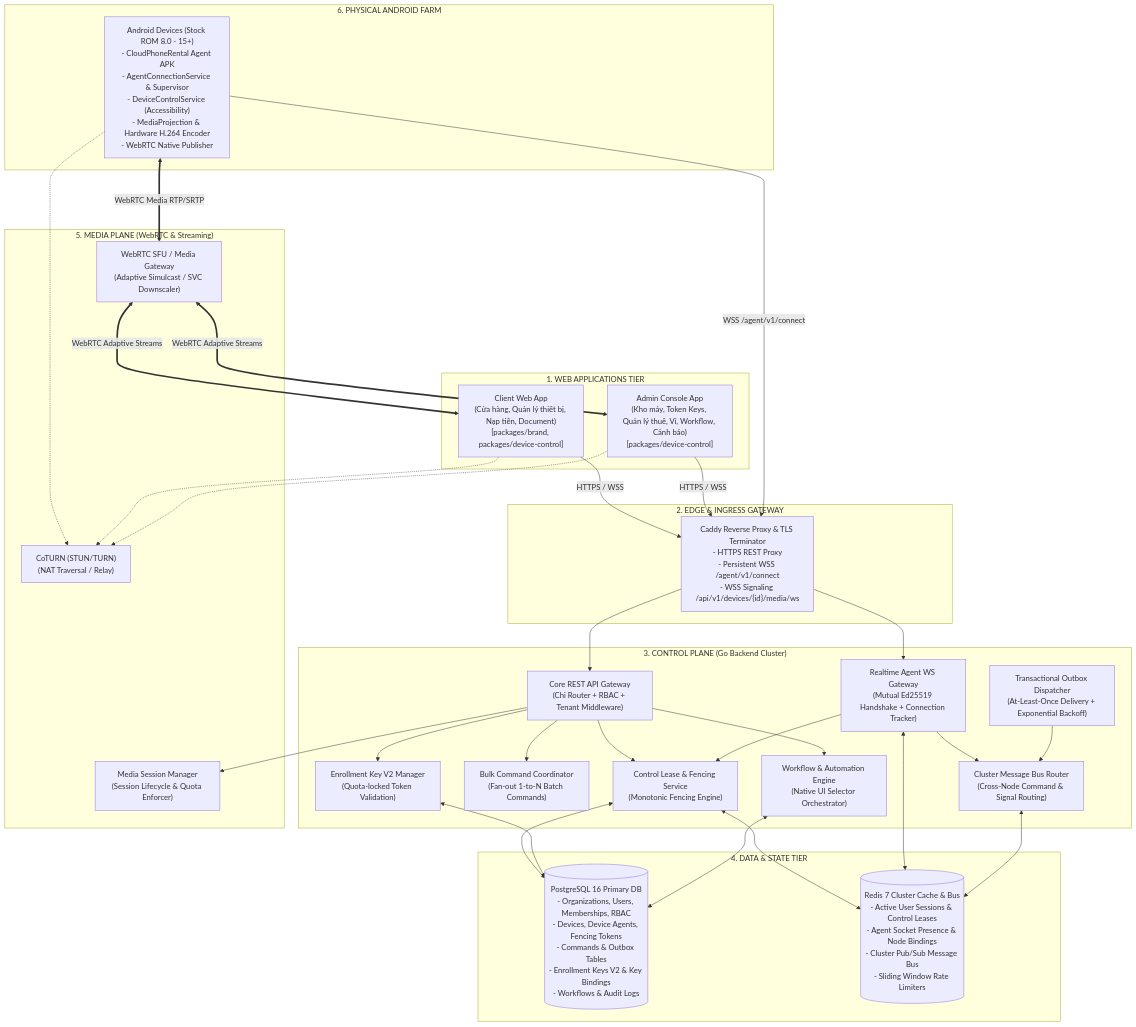
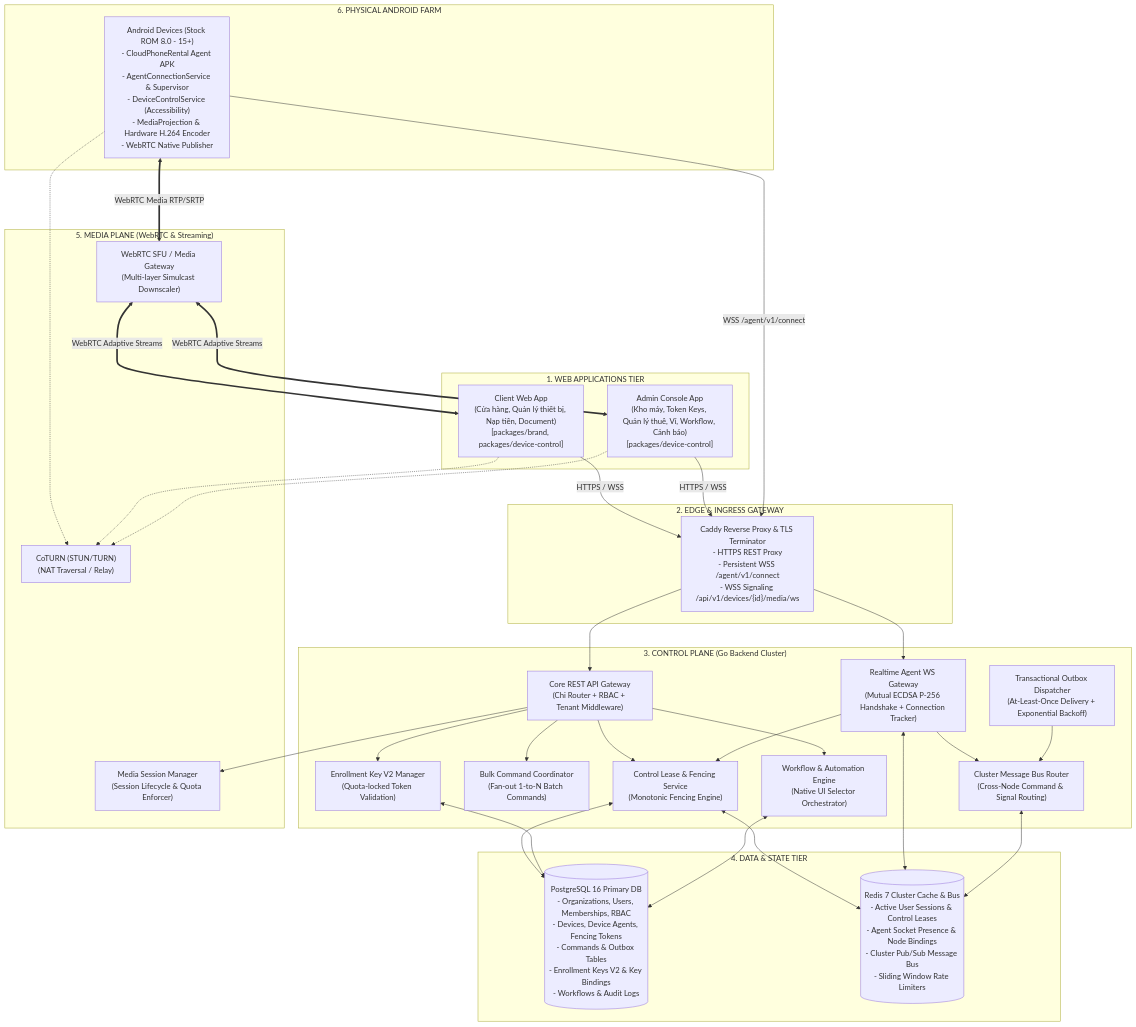
The first of 2 diagrams in docs/architecture/SYSTEM-ARCHITECTURE-V2.md (tcandt/cloudphone-farm), drawn with Mermaid before and after one commit. The commit also changed other lines of this file and 9 other files, not shown here.

````diff
--- a/docs/architecture/SYSTEM-ARCHITECTURE-V2.md
+++ b/docs/architecture/SYSTEM-ARCHITECTURE-V2.md
@@ -13,53 +13,53 @@
 ```mermaid
 flowchart TB
     subgraph WEB_TIER ["1. WEB APPLICATIONS TIER"]
         CLIENT_WEB["Client Web App<br/>(Cửa hàng, Quản lý thiết bị, Nạp tiền, Document)<br/>[packages/brand, packages/device-control]"]
         ADMIN_WEB["Admin Console App<br/>(Kho máy, Token Keys, Quản lý thuê, Ví, Workflow, Cảnh báo)<br/>[packages/device-control]"]
     end
 
     subgraph EDGE_TIER ["2. EDGE & INGRESS GATEWAY"]
         CADDY["Caddy Reverse Proxy & TLS Terminator<br/>- HTTPS REST Proxy<br/>- Persistent WSS /agent/v1/connect<br/>- WSS Signaling /api/v1/devices/{id}/media/ws"]
     end
 
     subgraph CONTROL_PLANE ["3. CONTROL PLANE (Go Backend Cluster)"]
         API_GATEWAY["Core REST API Gateway<br/>(Chi Router + RBAC + Tenant Middleware)"]
-        WS_GATEWAY["Realtime Agent WS Gateway<br/>(Mutual Ed25519 Handshake + Connection Tracker)"]
+        WS_GATEWAY["Realtime Agent WS Gateway<br/>(Mutual ECDSA P-256 Handshake + Connection Tracker)"]
         OUTBOX_WORKER["Transactional Outbox Dispatcher<br/>(At-Least-Once Delivery + Exponential Backoff)"]
         LEASE_SVC["Control Lease & Fencing Service<br/>(Monotonic Fencing Engine)"]
         BULK_SVC["Bulk Command Coordinator<br/>(Fan-out 1-to-N Batch Commands)"]
         ENROLL_SVC["Enrollment Key V2 Manager<br/>(Quota-locked Token Validation)"]
         WORKFLOW_SVC["Workflow & Automation Engine<br/>(Native UI Selector Orchestrator)"]
         CLUSTER_ROUTER["Cluster Message Bus Router<br/>(Cross-Node Command & Signal Routing)"]
     end
 
     subgraph DATA_TIER ["4. DATA & STATE TIER"]
         PG[("PostgreSQL 16 Primary DB<br/>- Organizations, Users, Memberships, RBAC<br/>- Devices, Device Agents, Fencing Tokens<br/>- Commands & Outbox Tables<br/>- Enrollment Keys V2 & Key Bindings<br/>- Workflows & Audit Logs")]
         REDIS[("Redis 7 Cluster Cache & Bus<br/>- Active User Sessions & Control Leases<br/>- Agent Socket Presence & Node Bindings<br/>- Cluster Pub/Sub Message Bus<br/>- Sliding Window Rate Limiters")]
     end
 
     subgraph MEDIA_PLANE ["5. MEDIA PLANE (WebRTC & Streaming)"]
         MEDIA_MGR["Media Session Manager<br/>(Session Lifecycle & Quota Enforcer)"]
-        SFU["WebRTC SFU / Media Gateway<br/>(Adaptive Simulcast / SVC Downscaler)"]
+        SFU["WebRTC SFU / Media Gateway<br/>(Multi-layer Simulcast Downscaler)"]
         COTURN["CoTURN (STUN/TURN)<br/>(NAT Traversal / Relay)"]
     end
 
     subgraph DEVICE_TIER ["6. PHYSICAL ANDROID FARM"]
         PHONE["Android Devices (Stock ROM 8.0 - 15+)<br/>- CloudPhoneRental Agent APK<br/>- AgentConnectionService & Supervisor<br/>- DeviceControlService (Accessibility)<br/>- MediaProjection & Hardware H.264 Encoder<br/>- WebRTC Native Publisher"]
     end
 
     CLIENT_WEB & ADMIN_WEB -->|HTTPS / WSS| CADDY
     CADDY --> API_GATEWAY & WS_GATEWAY
     
     API_GATEWAY --> LEASE_SVC & BULK_SVC & ENROLL_SVC & WORKFLOW_SVC & MEDIA_MGR
     WS_GATEWAY --> CLUSTER_ROUTER & LEASE_SVC
     OUTBOX_WORKER --> CLUSTER_ROUTER
     
     LEASE_SVC & ENROLL_SVC & WORKFLOW_SVC <--> PG
     LEASE_SVC & WS_GATEWAY & CLUSTER_ROUTER <--> REDIS
     
     PHONE -->|WSS /agent/v1/connect| CADDY
     PHONE <===>|WebRTC Media RTP/SRTP| SFU
     SFU <===>|WebRTC Adaptive Streams| CLIENT_WEB & ADMIN_WEB
     PHONE -.-> COTURN
     CLIENT_WEB & ADMIN_WEB -.-> COTURN
 ```
````
